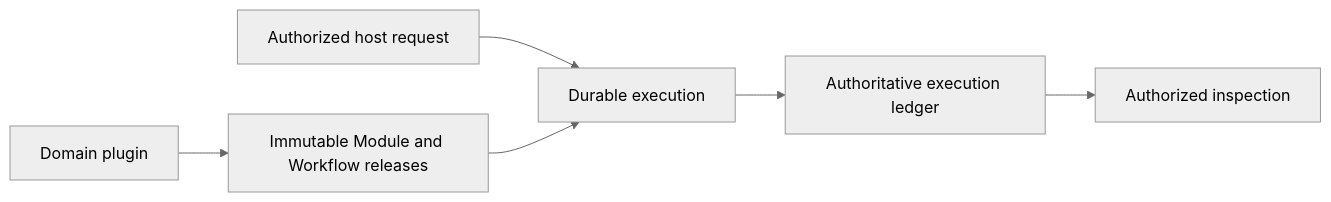
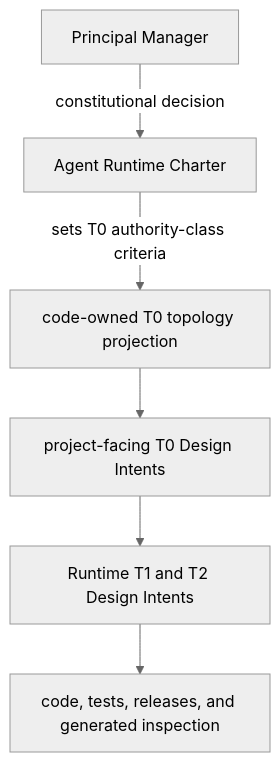
Before and after one commit to bobaoai/agent_runtime: the diagram in designDoc/the_charter.md, drawn with Mermaid (neutral theme). The commit also changed other lines of this file and 80 other files, not shown here.

````diff
--- a/designDoc/the_charter.md
+++ b/designDoc/the_charter.md
@@ -68,8 +64,8 @@
 ```mermaid
-flowchart LR
-    P["Domain plugin"] --> R["Immutable Module and Workflow releases"]
-    H["Authorized host request"] --> E["Durable execution"]
-    R --> E
-    E --> L["Authoritative execution ledger"]
-    L --> I["Authorized inspection"]
+flowchart TD
+    PM["Principal Manager"] -->|"constitutional decision"| C["Agent Runtime Charter"]
+    C -->|"sets T0 authority-class criteria"| T["code-owned T0 topology projection"]
+    T --> P["project-facing T0 Design Intents"]
+    P --> D["Runtime T1 and T2 Design Intents"]
+    D --> I["code, tests, releases, and generated inspection"]
 ```
````
